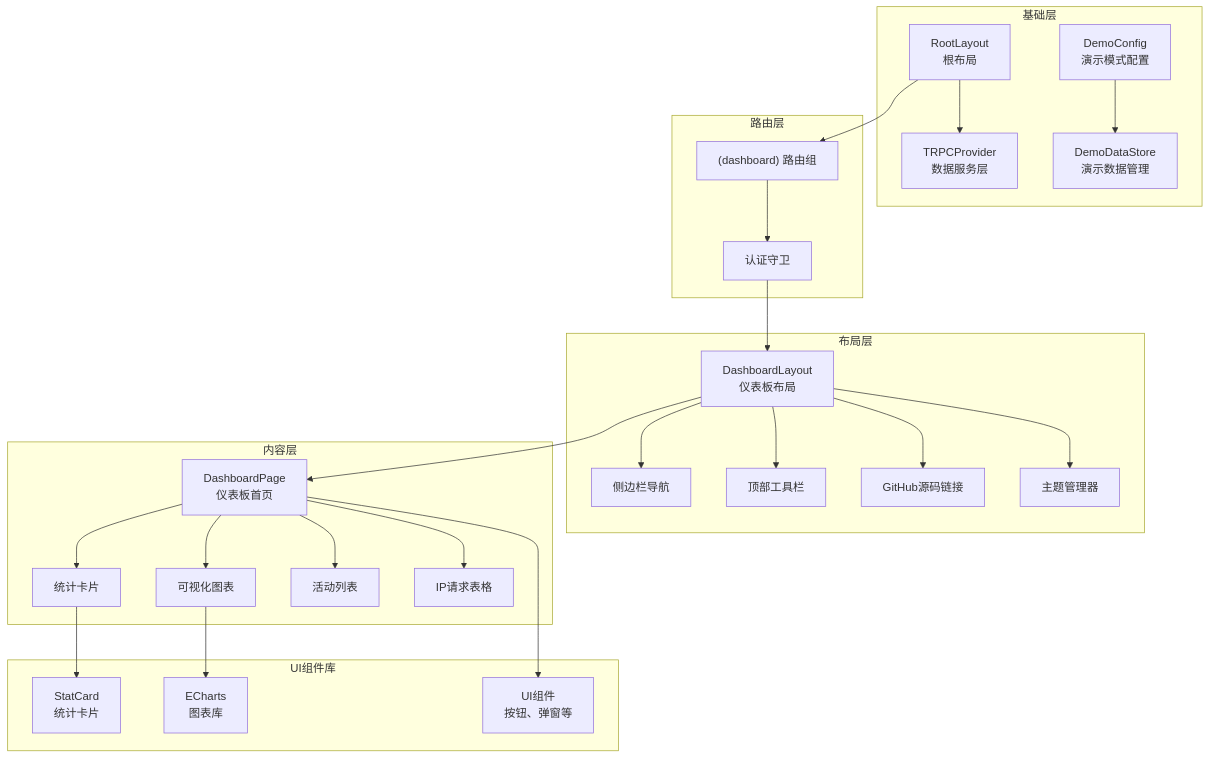
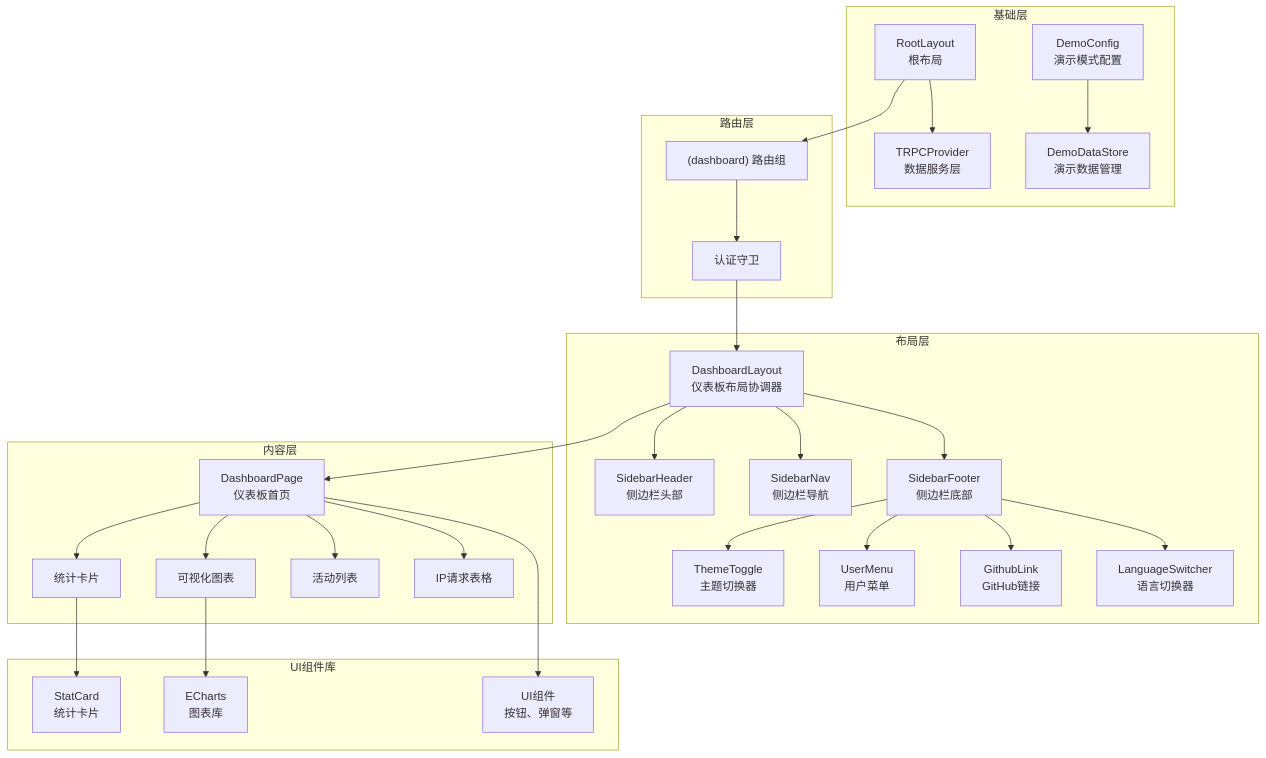
Before and after one commit to RadiumAg/AIGate: the second of 15 diagrams in .qoder/repowiki/zh/content/前端组件/仪表板布局.md, drawn with Mermaid. The commit also changed other lines of this file and 10 other files, not shown here.

````diff
--- a/.qoder/repowiki/zh/content/前端组件/仪表板布局.md
+++ b/.qoder/repowiki/zh/content/前端组件/仪表板布局.md
@@ -169,49 +179,55 @@
 ```mermaid
 graph TD
 subgraph "基础层"
 RootLayout["RootLayout<br/>根布局"]
 TRPCProvider["TRPCProvider<br/>数据服务层"]
 DemoConfig["DemoConfig<br/>演示模式配置"]
 DemoData["DemoDataStore<br/>演示数据管理"]
 end
 subgraph "路由层"
 DashboardRoute["(dashboard) 路由组"]
 AuthGuard["认证守卫"]
 end
 subgraph "布局层"
-DashboardLayout["DashboardLayout<br/>仪表板布局"]
-Sidebar["侧边栏导航"]
-Header["顶部工具栏"]
-GitHubLink["GitHub源码链接"]
-ThemeManager["主题管理器"]
+DashboardLayout["DashboardLayout<br/>仪表板布局协调器"]
+SidebarHeader["SidebarHeader<br/>侧边栏头部"]
+SidebarNav["SidebarNav<br/>侧边栏导航"]
+SidebarFooter["SidebarFooter<br/>侧边栏底部"]
+ThemeToggle["ThemeToggle<br/>主题切换器"]
+UserMenu["UserMenu<br/>用户菜单"]
+GithubLink["GithubLink<br/>GitHub链接"]
+LanguageSwitcher["LanguageSwitcher<br/>语言切换器"]
 end
 subgraph "内容层"
 DashboardPage["DashboardPage<br/>仪表板首页"]
 StatCards["统计卡片"]
 Charts["可视化图表"]
 ActivityFeed["活动列表"]
 IpTable["IP请求表格"]
 end
 subgraph "UI组件库"
 StatCard["StatCard<br/>统计卡片"]
 ECharts["ECharts<br/>图表库"]
 UIComponents["UI组件<br/>按钮、弹窗等"]
 end
 RootLayout --> TRPCProvider
 RootLayout --> DashboardRoute
 DashboardRoute --> AuthGuard
 AuthGuard --> DashboardLayout
-DashboardLayout --> Sidebar
-DashboardLayout --> Header
-DashboardLayout --> GitHubLink
-DashboardLayout --> ThemeManager
+DashboardLayout --> SidebarHeader
+DashboardLayout --> SidebarNav
+DashboardLayout --> SidebarFooter
+SidebarFooter --> ThemeToggle
+SidebarFooter --> UserMenu
+SidebarFooter --> GithubLink
+SidebarFooter --> LanguageSwitcher
 DashboardLayout --> DashboardPage
 DashboardPage --> StatCards
 DashboardPage --> Charts
 DashboardPage --> ActivityFeed
 DashboardPage --> IpTable
 StatCards --> StatCard
 Charts --> ECharts
 DashboardPage --> UIComponents
 DemoConfig --> DemoData
 ```
````
